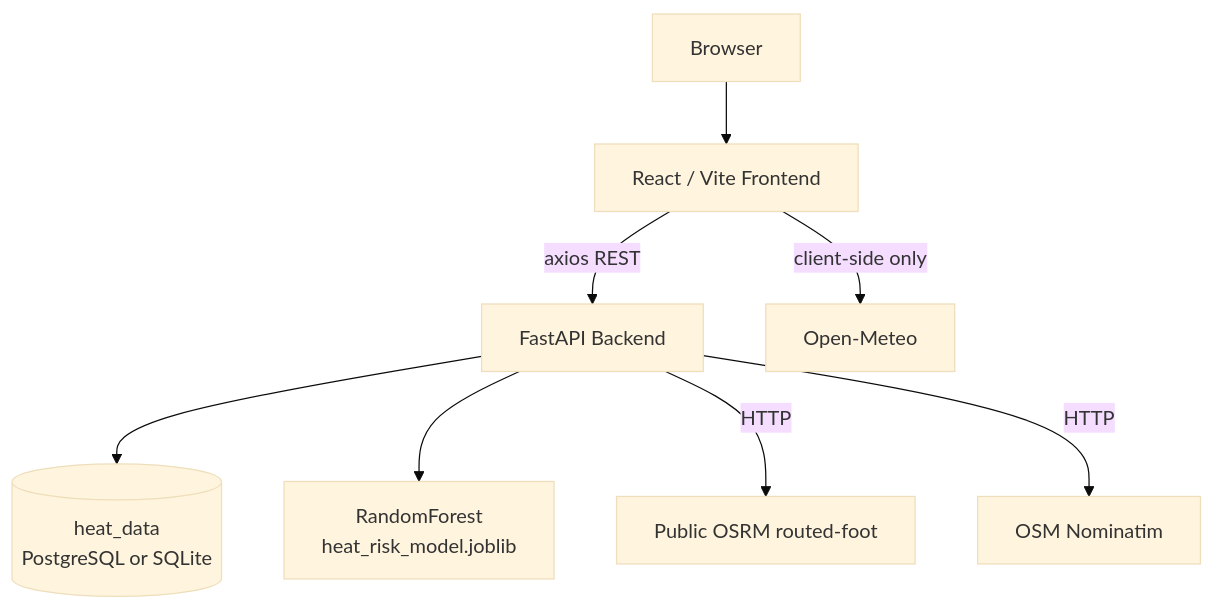
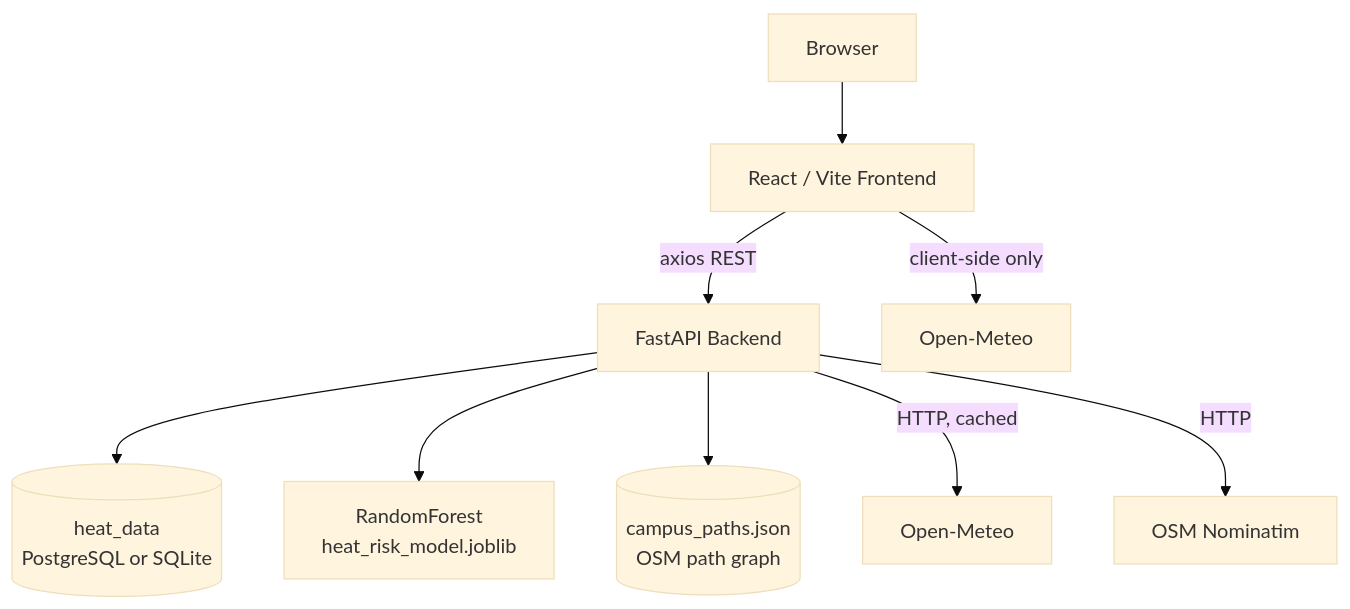
Before and after one commit to Rohit-1123/UrbanHeat: the diagram in README.md, drawn with Mermaid (base theme). The commit also changed other lines of this file and 57 other files, not shown here.

````diff
--- a/README.md
+++ b/README.md
@@ -48,10 +49,11 @@
 ```mermaid
 flowchart TD
     U[Browser] --> FE[React / Vite Frontend]
     FE -->|axios REST| BE[FastAPI Backend]
     BE --> DB[(heat_data\nPostgreSQL or SQLite)]
     BE --> ML[RandomForest\nheat_risk_model.joblib]
-    BE -->|HTTP| OSRM[Public OSRM routed-foot]
+    BE --> G[(campus_paths.json\nOSM path graph)]
+    BE -->|HTTP, cached| OMB[Open-Meteo]
     BE -->|HTTP| NOM[OSM Nominatim]
     FE -->|client-side only| OM[Open-Meteo]
 ```
````
